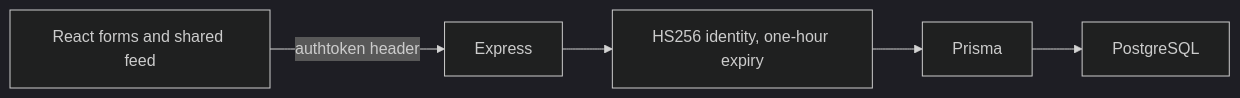
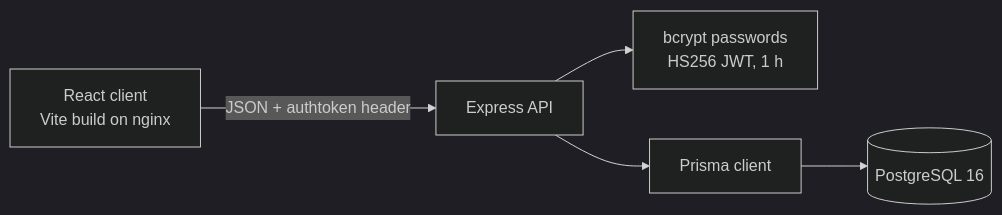
Before and after one commit to dev-nezuko/blog-platform-monorepo: the diagram in README.md, drawn with Mermaid (dark theme). The commit also changed other lines of this file and 10 other files, not shown here.

````diff
--- a/README.md
+++ b/README.md
@@ -14,7 +23,7 @@
 ```mermaid
 flowchart LR
-  React[React forms and shared feed] -->|authtoken header| Express
-  Express --> JWT[HS256 identity, one-hour expiry]
-  JWT --> Prisma
-  Prisma --> PostgreSQL
+  Browser[React client<br/>Vite build on nginx] -->|JSON + authtoken header| API[Express API]
+  API --> Auth[bcrypt passwords<br/>HS256 JWT, 1 h]
+  API --> Prisma[Prisma client]
+  Prisma --> DB[(PostgreSQL 16)]
 ```
````
